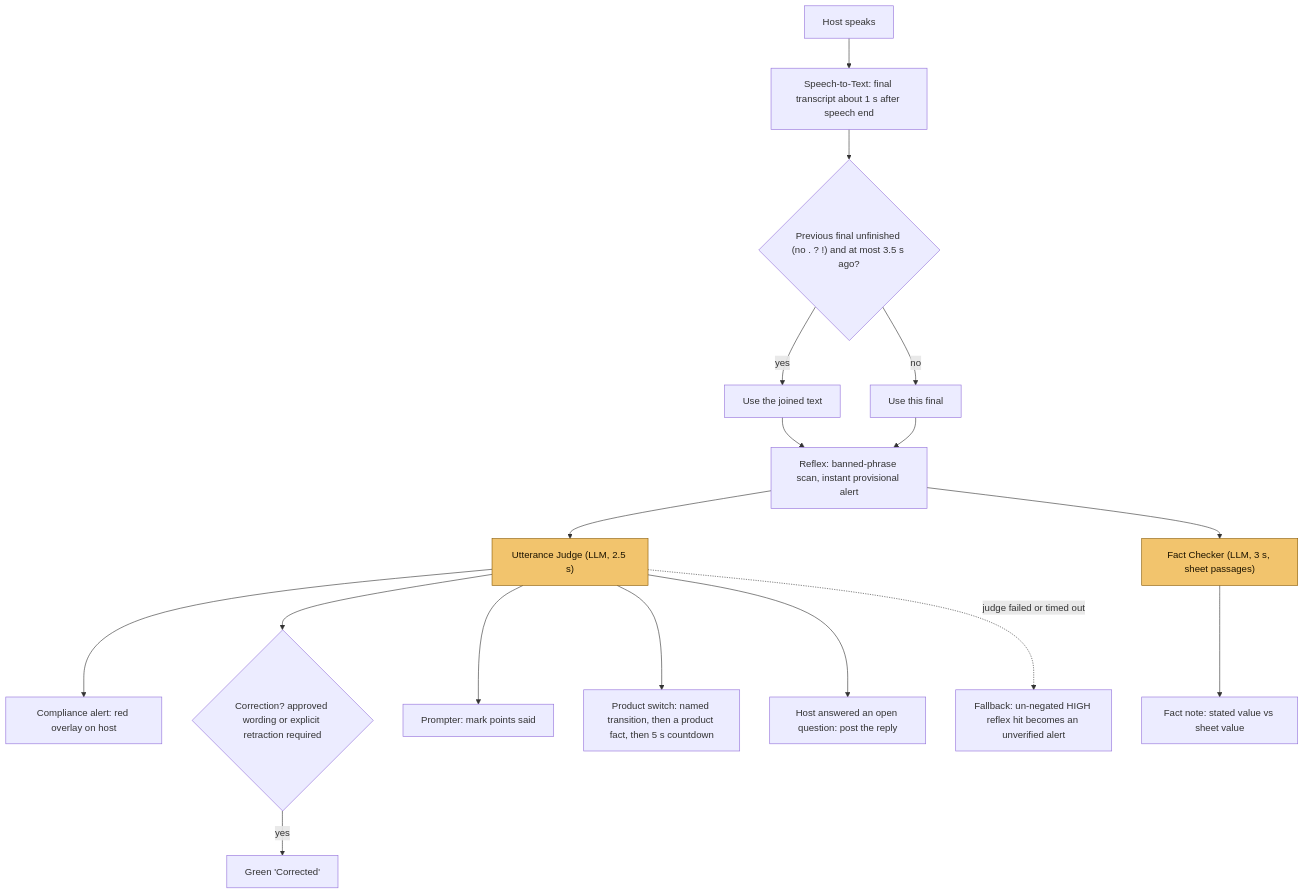
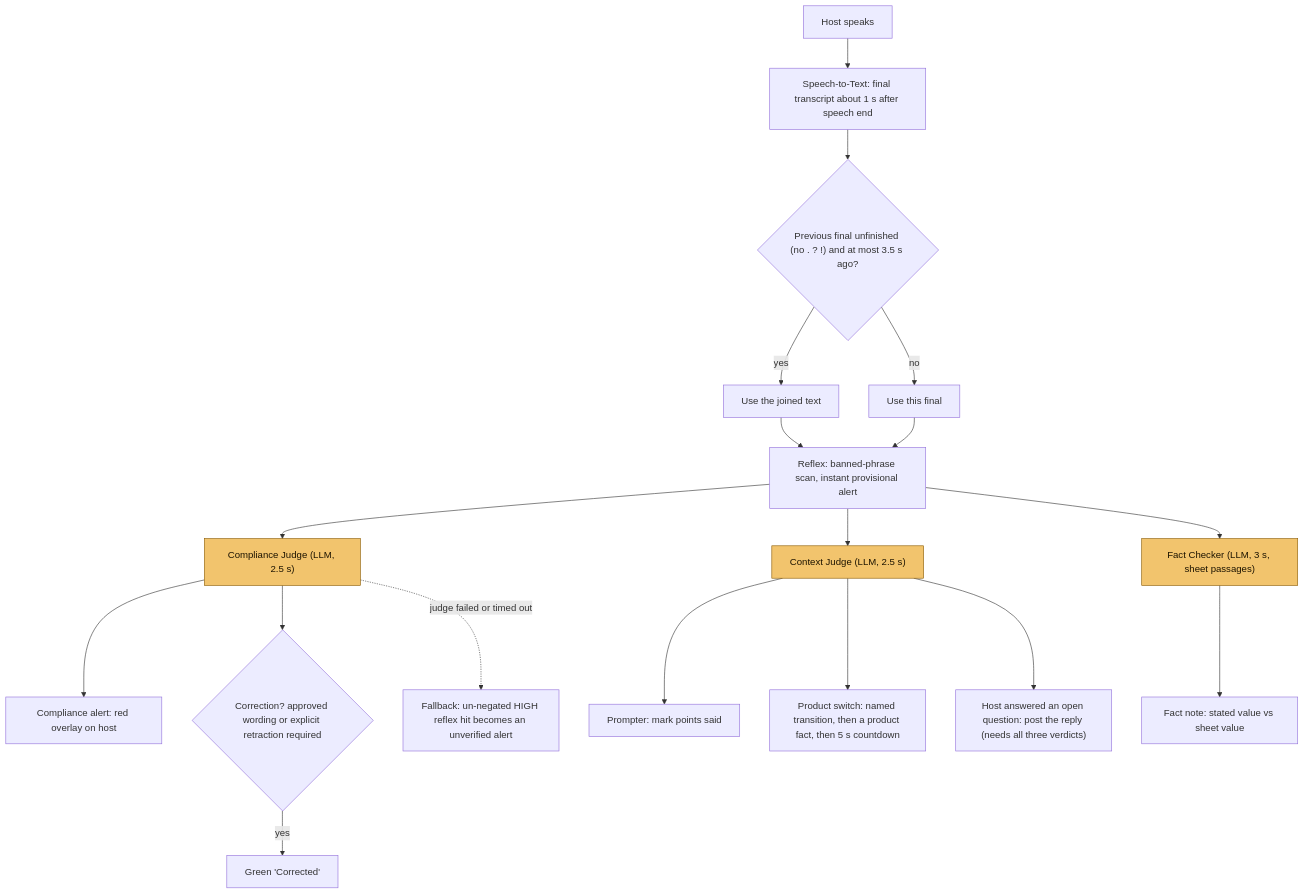
Before and after one commit to jwchoiKR/ai_builder_cup_uh: the third of 5 diagrams in docs/architecture.md, drawn with Mermaid. The commit also changed other lines of this file and 53 other files, not shown here.

First line of the commit message:
Three utterance agents in parallel: compliance judge, context judge, fact checker (D-099)

````diff
--- a/docs/architecture.md
+++ b/docs/architecture.md
@@ -111,21 +113,22 @@
 ```mermaid
 flowchart TD
   M["Host speaks"] --> STT["Speech-to-Text: final transcript about 1 s after speech end"]
   STT --> MG{"Previous final unfinished (no . ? !) and at most 3.5 s ago?"}
   MG -- "yes" --> JT["Use the joined text"]
   MG -- "no" --> OT["Use this final"]
   JT --> RF["Reflex: banned-phrase scan, instant provisional alert"]
   OT --> RF
-  RF --> J["Utterance Judge (LLM, 2.5 s)"]
+  RF --> CJ["Compliance Judge (LLM, 2.5 s)"]
+  RF --> XJ["Context Judge (LLM, 2.5 s)"]
   RF --> F["Fact Checker (LLM, 3 s, sheet passages)"]
-  J --> AL["Compliance alert: red overlay on host"]
-  J --> CR{"Correction? approved wording or explicit retraction required"}
+  CJ --> AL["Compliance alert: red overlay on host"]
+  CJ --> CR{"Correction? approved wording or explicit retraction required"}
   CR -- "yes" --> OK["Green 'Corrected'"]
-  J --> PR["Prompter: mark points said"]
-  J --> SW["Product switch: named transition, then a product fact, then 5 s countdown"]
-  J --> PUB["Host answered an open question: post the reply"]
+  XJ --> PR["Prompter: mark points said"]
+  XJ --> SW["Product switch: named transition, then a product fact, then 5 s countdown"]
+  XJ --> PUB["Host answered an open question: post the reply (needs all three verdicts)"]
   F --> FN["Fact note: stated value vs sheet value"]
-  J -. "judge failed or timed out" .-> FB["Fallback: un-negated HIGH reflex hit becomes an unverified alert"]
+  CJ -. "judge failed or timed out" .-> FB["Fallback: un-negated HIGH reflex hit becomes an unverified alert"]
   classDef agent fill:#F2C46D,stroke:#8A5A00,color:#1D1400
-  class J,F agent
+  class CJ,XJ,F agent
 ```
````
